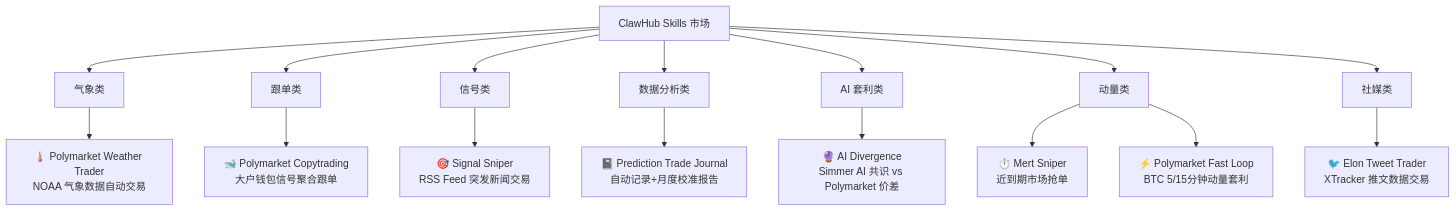
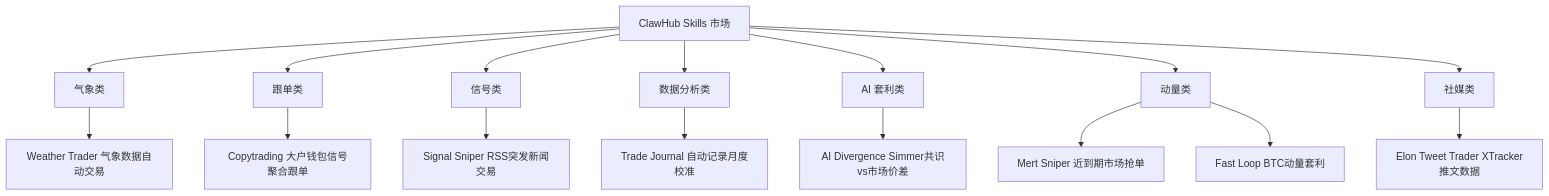
One commit to survivorff/polymarket_research changed the third of 8 diagrams in research/19_simmer/analysis.md. Above: the diagram before and after it, drawn with Mermaid. The commit also changed 11 other files, not shown here.

First line of the commit message:
修复所有 Mermaid 语法错误，确保流程图可正常渲染

````diff
--- a/research/19_simmer/analysis.md
+++ b/research/19_simmer/analysis.md
@@ -92,19 +92,19 @@
 ```mermaid
 graph TD
     A[ClawHub Skills 市场] --> B[气象类]
     A --> C[跟单类]
     A --> D[信号类]
     A --> E[数据分析类]
     A --> F[AI 套利类]
     A --> G[动量类]
     A --> H[社媒类]
 
-    B --> B1[🌡️ Polymarket Weather Trader\nNOAA 气象数据自动交易]
-    C --> C1[🐋 Polymarket Copytrading\n大户钱包信号聚合跟单]
-    D --> D1[🎯 Signal Sniper\nRSS Feed 突发新闻交易]
-    E --> E1[📓 Prediction Trade Journal\n自动记录+月度校准报告]
-    F --> F1[🔮 AI Divergence\nSimmer AI 共识 vs Polymarket 价差]
-    G --> G1[⏱️ Mert Sniper\n近到期市场抢单]
-    G --> G2[⚡ Polymarket Fast Loop\nBTC 5/15分钟动量套利]
-    H --> H1[🐦 Elon Tweet Trader\nXTracker 推文数据交易]
+    B --> B1["Weather Trader 气象数据自动交易"]
+    C --> C1[Copytrading 大户钱包信号聚合跟单]
+    D --> D1[Signal Sniper RSS突发新闻交易]
+    E --> E1[Trade Journal 自动记录月度校准]
+    F --> F1[AI Divergence Simmer共识vs市场价差]
+    G --> G1["Mert Sniper 近到期市场抢单"]
+    G --> G2[Fast Loop BTC动量套利]
+    H --> H1[Elon Tweet Trader XTracker推文数据]
 ```
````
